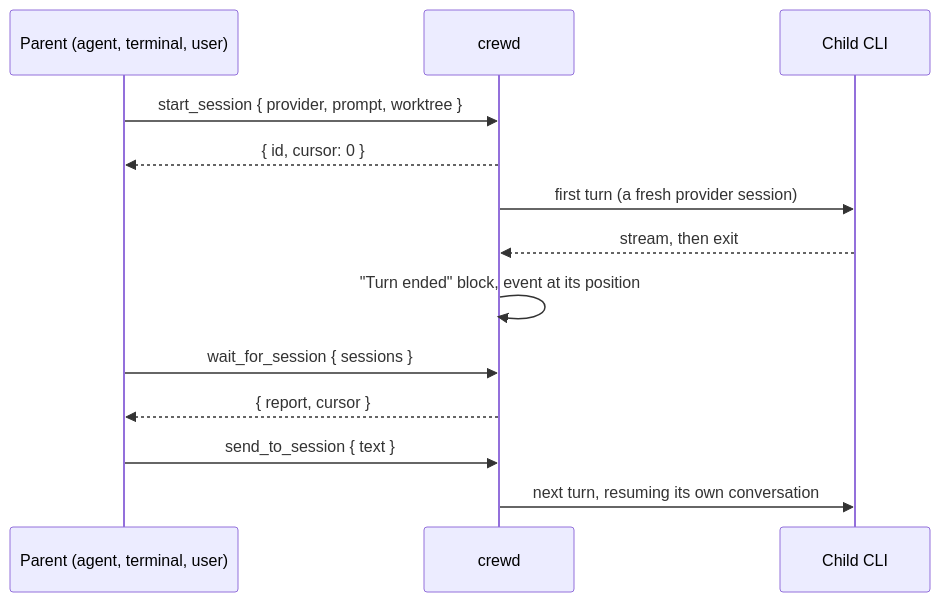
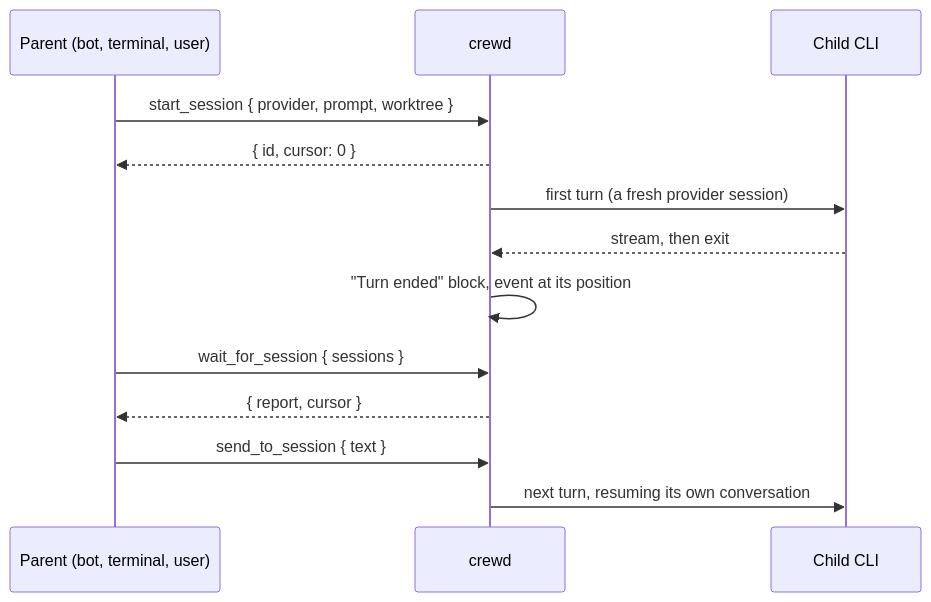
One commit to rogazth/crew changed the third of 4 diagrams in docs/ARCHITECTURE.md. Above: the diagram before and after it, drawn with Mermaid. The commit also changed other lines of this file and 134 other files, not shown here.

````diff
--- a/docs/ARCHITECTURE.md
+++ b/docs/ARCHITECTURE.md
@@ -83,16 +83,16 @@
 ```mermaid
 sequenceDiagram
-  participant P as Parent (agent, terminal, user)
+  participant P as Parent (bot, terminal, user)
   participant D as crewd
   participant C as Child CLI
 
   P->>D: start_session { provider, prompt, worktree }
   D-->>P: { id, cursor: 0 }
   D->>C: first turn (a fresh provider session)
   C-->>D: stream, then exit
   D->>D: "Turn ended" block, event at its position
   P->>D: wait_for_session { sessions }
   D-->>P: { report, cursor }
   P->>D: send_to_session { text }
   D->>C: next turn, resuming its own conversation
 ```
````
